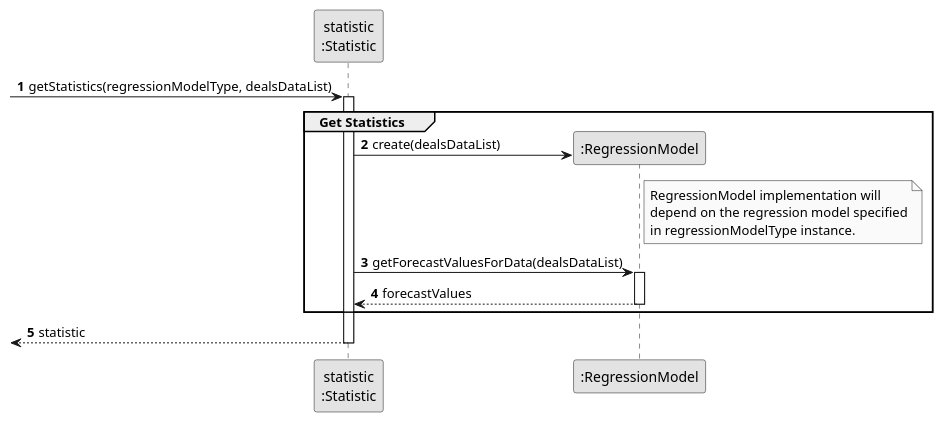
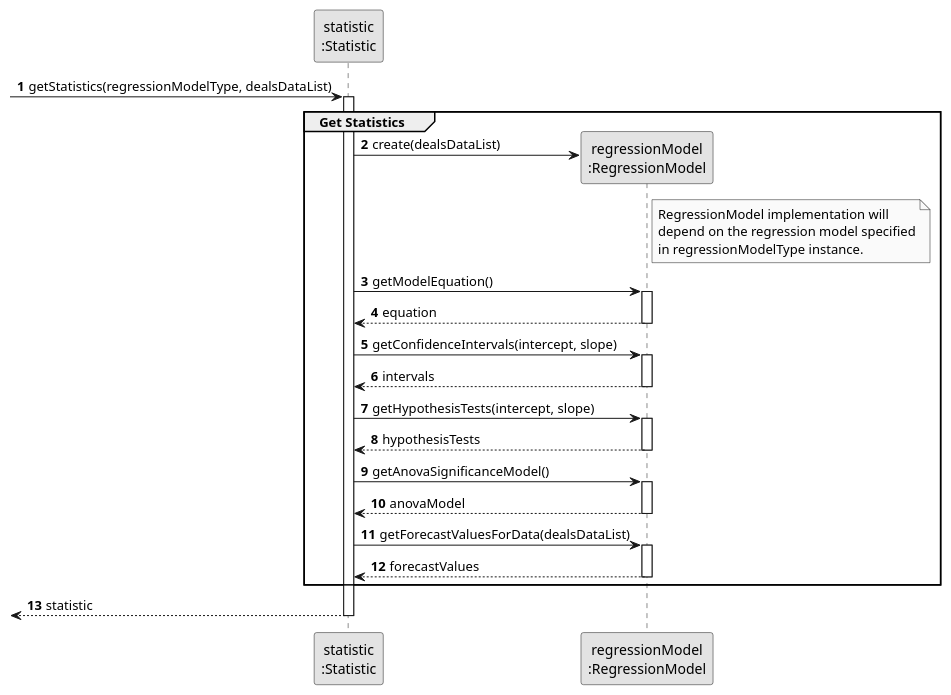
One commit to rita-barbosa/LAPR2-2223 changed the diagram in docs/sprintD/us018/03.design/puml/us018-sequence-diagram-partial-get-statistics.puml. Above: the diagram before and after it, drawn with PlantUML. The commit also changed 6 other files, not shown here.

Commit message:
Update sequence diagram: split + partials [US018][Design][#05 Task]

```diff
--- a/docs/sprintD/us018/03.design/puml/us018-sequence-diagram-partial-get-statistics.puml
+++ b/docs/sprintD/us018/03.design/puml/us018-sequence-diagram-partial-get-statistics.puml
@@ -1,42 +1,64 @@
 @startuml
 skinparam monochrome true
 skinparam packageStyle rectangle
 skinparam shadowing false
 
-autonumber
-
 
 participant "statistic\n:Statistic" as ST
-participant ":RegressionModel" as RM
+participant "regressionModel\n:RegressionModel" as RM
 
 
 
 autonumber
 
   -> ST  : getStatistics(regressionModelType, dealsDataList)
     activate ST
 
 group   Get Statistics
 
 
     ST -> RM**: create(dealsDataList)
 
         note right RM
         RegressionModel implementation will
         depend on the regression model specified
         in regressionModelType instance.
         end note
 
 
+    ST -> RM : getModelEquation()
+    activate RM
+
+    RM --> ST : equation
+    deactivate RM
+
+    ST -> RM: getConfidenceIntervals(intercept, slope)
+    activate RM
+
+    RM --> ST: intervals
+    deactivate RM
+
+    ST -> RM: getHypothesisTests(intercept, slope)
+    activate RM
+
+    RM --> ST: hypothesisTests
+    deactivate RM
+
+    ST -> RM: getAnovaSignificanceModel()
+    activate RM
+
+    RM --> ST: anovaModel
+    deactivate RM
+
     ST -> RM: getForecastValuesForData(dealsDataList)
     activate RM
 
     RM--> ST: forecastValues
     deactivate RM
 
 end group
 
     <-- ST : statistic
     deactivate ST
 
 @enduml
```
